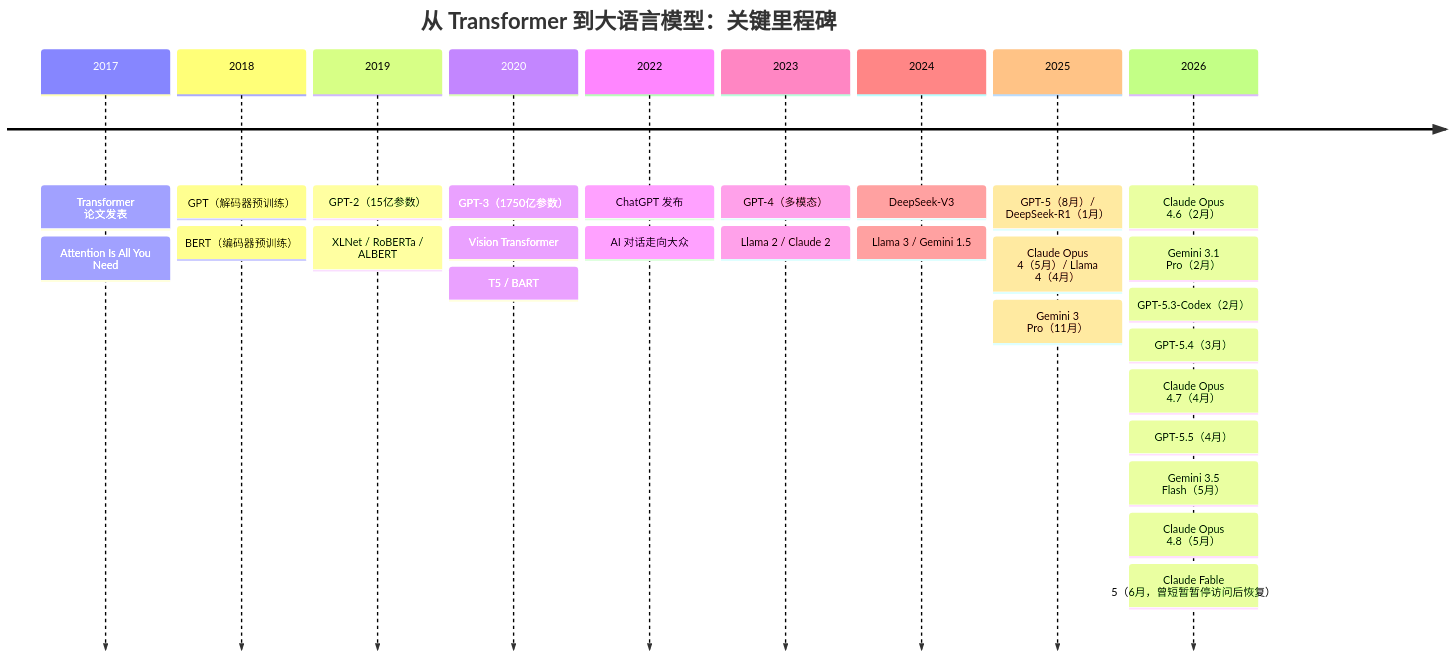
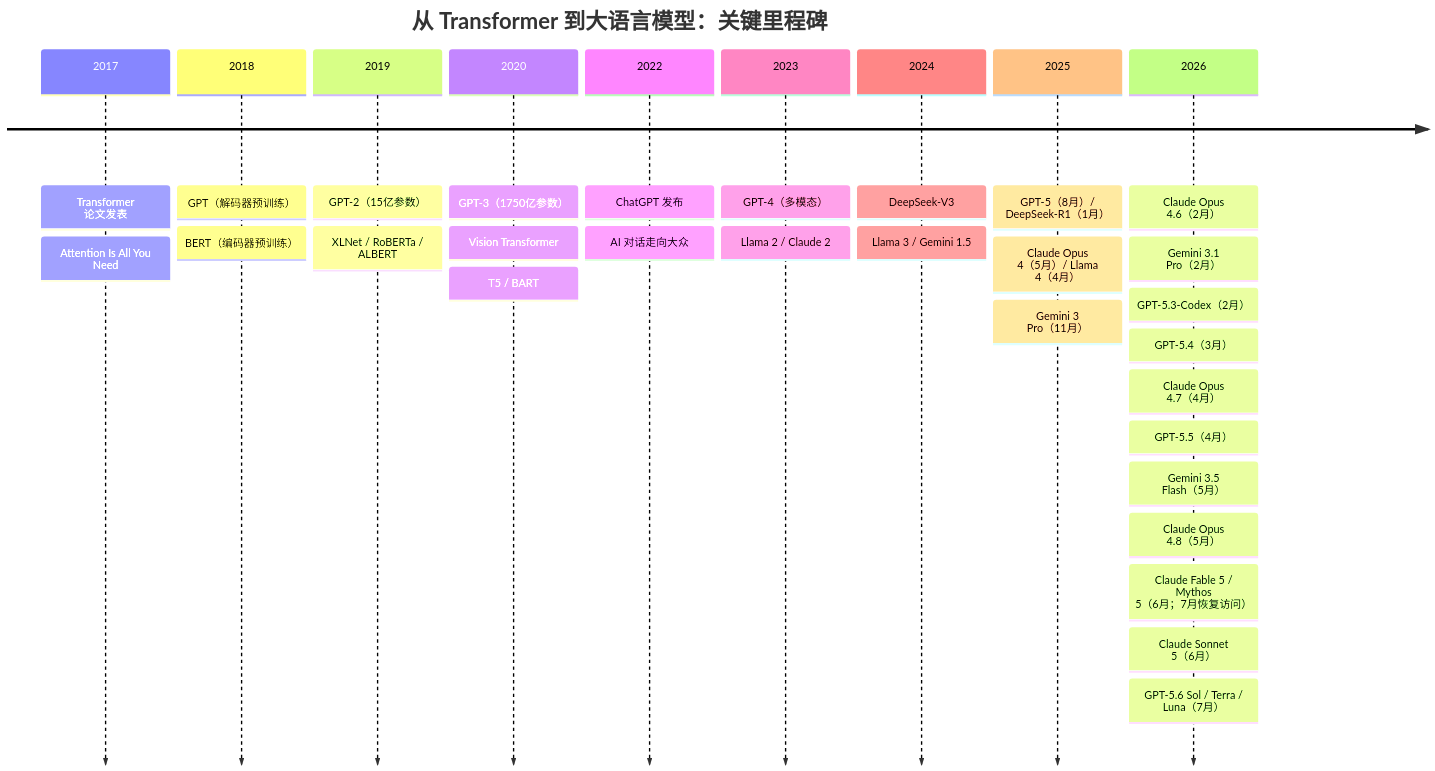
Before and after one commit to yeasy/llm_internals: the diagram in 01_introduction/1.5_milestones.md, drawn with Mermaid. The commit also changed other lines of this file and 24 other files, not shown here.

````diff
--- a/01_introduction/1.5_milestones.md
+++ b/01_introduction/1.5_milestones.md
@@ -5,31 +5,33 @@
 ```mermaid
 timeline
     title 从 Transformer 到大语言模型：关键里程碑
     2017 : Transformer 论文发表
          : Attention Is All You Need
     2018 : GPT（解码器预训练）
          : BERT（编码器预训练）
     2019 : GPT-2（15亿参数）
          : XLNet / RoBERTa / ALBERT
     2020 : GPT-3（1750亿参数）
          : Vision Transformer
          : T5 / BART
     2022 : ChatGPT 发布
          : AI 对话走向大众
     2023 : GPT-4（多模态）
          : Llama 2 / Claude 2
     2024 : DeepSeek-V3
          : Llama 3 / Gemini 1.5
     2025 : GPT-5（8月）/ DeepSeek-R1（1月）
          : Claude Opus 4（5月）/ Llama 4（4月）
          : Gemini 3 Pro（11月）
     2026 : Claude Opus 4.6（2月）
          : Gemini 3.1 Pro（2月）
          : GPT-5.3-Codex（2月）
          : GPT-5.4（3月）
          : Claude Opus 4.7（4月）
          : GPT-5.5（4月）
          : Gemini 3.5 Flash（5月）
          : Claude Opus 4.8（5月）
-         : Claude Fable 5（6月，曾短暂暂停访问后恢复）
+         : Claude Fable 5 / Mythos 5（6月；7月恢复访问）
+         : Claude Sonnet 5（6月）
+         : GPT-5.6 Sol / Terra / Luna（7月）
 ```
````
